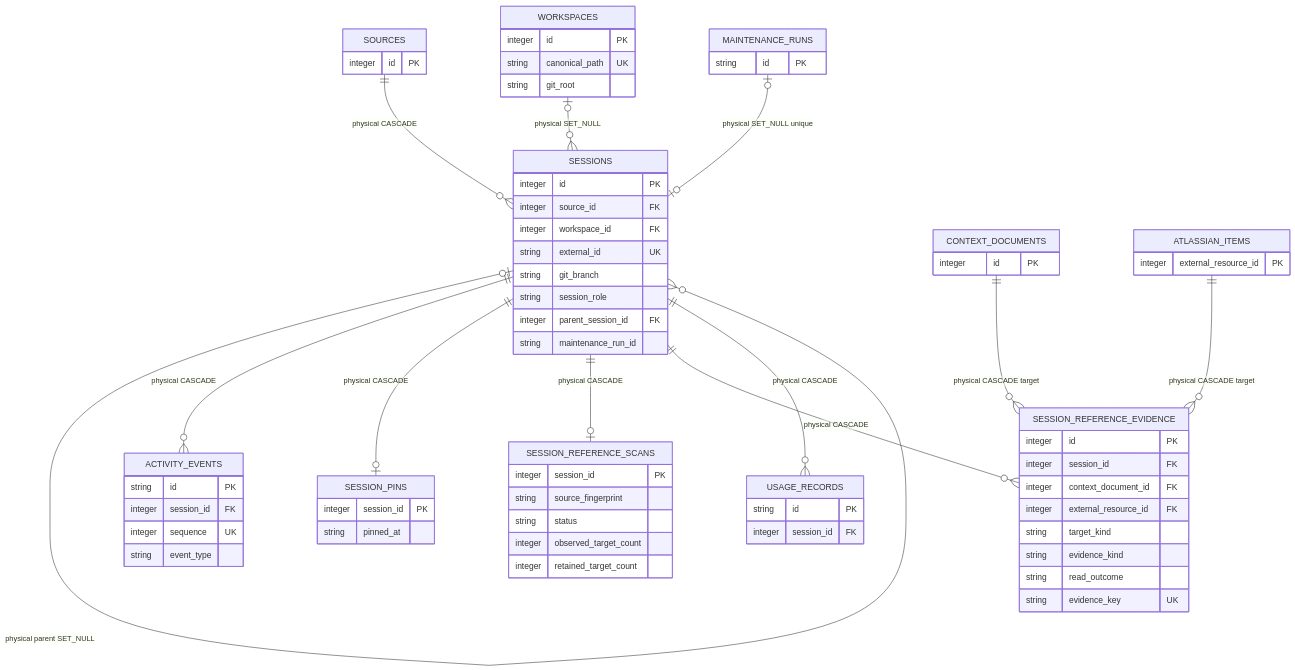
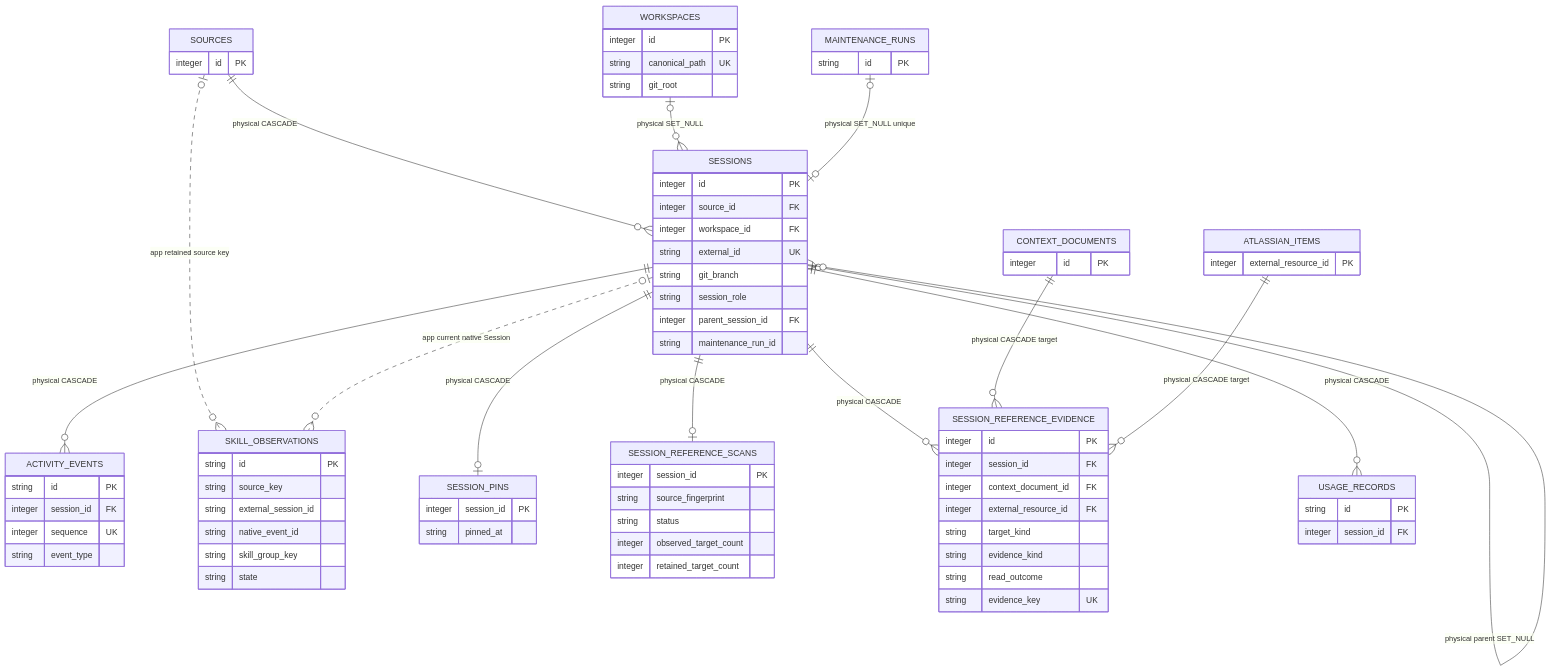
One commit to chochita0311/local-brain changed the diagram in docs/policies/project/data-model/workspace-and-session-activity.md. Above: the diagram before and after it, drawn with Mermaid. The commit also changed other lines of this file and 107 other files, not shown here.

````diff
--- a/docs/policies/project/data-model/workspace-and-session-activity.md
+++ b/docs/policies/project/data-model/workspace-and-session-activity.md
@@ -11,62 +11,72 @@
 ```mermaid
 erDiagram
     SOURCES { integer id PK }
     WORKSPACES {
         integer id PK
         string canonical_path UK
         string git_root
     }
     SESSIONS {
         integer id PK
         integer source_id FK
         integer workspace_id FK
         string external_id UK
         string git_branch
         string session_role
         integer parent_session_id FK
         string maintenance_run_id
     }
     ACTIVITY_EVENTS {
         string id PK
         integer session_id FK
         integer sequence UK
         string event_type
+    }
+    SKILL_OBSERVATIONS {
+        string id PK
+        string source_key
+        string external_session_id
+        string native_event_id
+        string skill_group_key
+        string state
     }
     SESSION_PINS {
         integer session_id PK
         string pinned_at
     }
     SESSION_REFERENCE_SCANS {
         integer session_id PK
         string source_fingerprint
         string status
         integer observed_target_count
         integer retained_target_count
     }
     SESSION_REFERENCE_EVIDENCE {
         integer id PK
         integer session_id FK
         integer context_document_id FK
         integer external_resource_id FK
         string target_kind
         string evidence_kind
         string read_outcome
         string evidence_key UK
     }
     CONTEXT_DOCUMENTS { integer id PK }
     ATLASSIAN_ITEMS { integer external_resource_id PK }
     MAINTENANCE_RUNS { string id PK }
     USAGE_RECORDS { string id PK integer session_id FK }
 
     SOURCES ||--o{ SESSIONS : "physical CASCADE"
     WORKSPACES o|--o{ SESSIONS : "physical SET_NULL"
     SESSIONS o|--o{ SESSIONS : "physical parent SET_NULL"
     SESSIONS ||--o{ ACTIVITY_EVENTS : "physical CASCADE"
+    SOURCES o|..o{ SKILL_OBSERVATIONS : "app retained source key"
+    SESSIONS o|..o{ SKILL_OBSERVATIONS : "app current native Session"
     SESSIONS ||--o| SESSION_PINS : "physical CASCADE"
     SESSIONS ||--o| SESSION_REFERENCE_SCANS : "physical CASCADE"
     SESSIONS ||--o{ SESSION_REFERENCE_EVIDENCE : "physical CASCADE"
     CONTEXT_DOCUMENTS ||--o{ SESSION_REFERENCE_EVIDENCE : "physical CASCADE target"
     ATLASSIAN_ITEMS ||--o{ SESSION_REFERENCE_EVIDENCE : "physical CASCADE target"
     SESSIONS ||--o{ USAGE_RECORDS : "physical CASCADE"
     MAINTENANCE_RUNS o|--o| SESSIONS : "physical SET_NULL unique"
 ```
````
